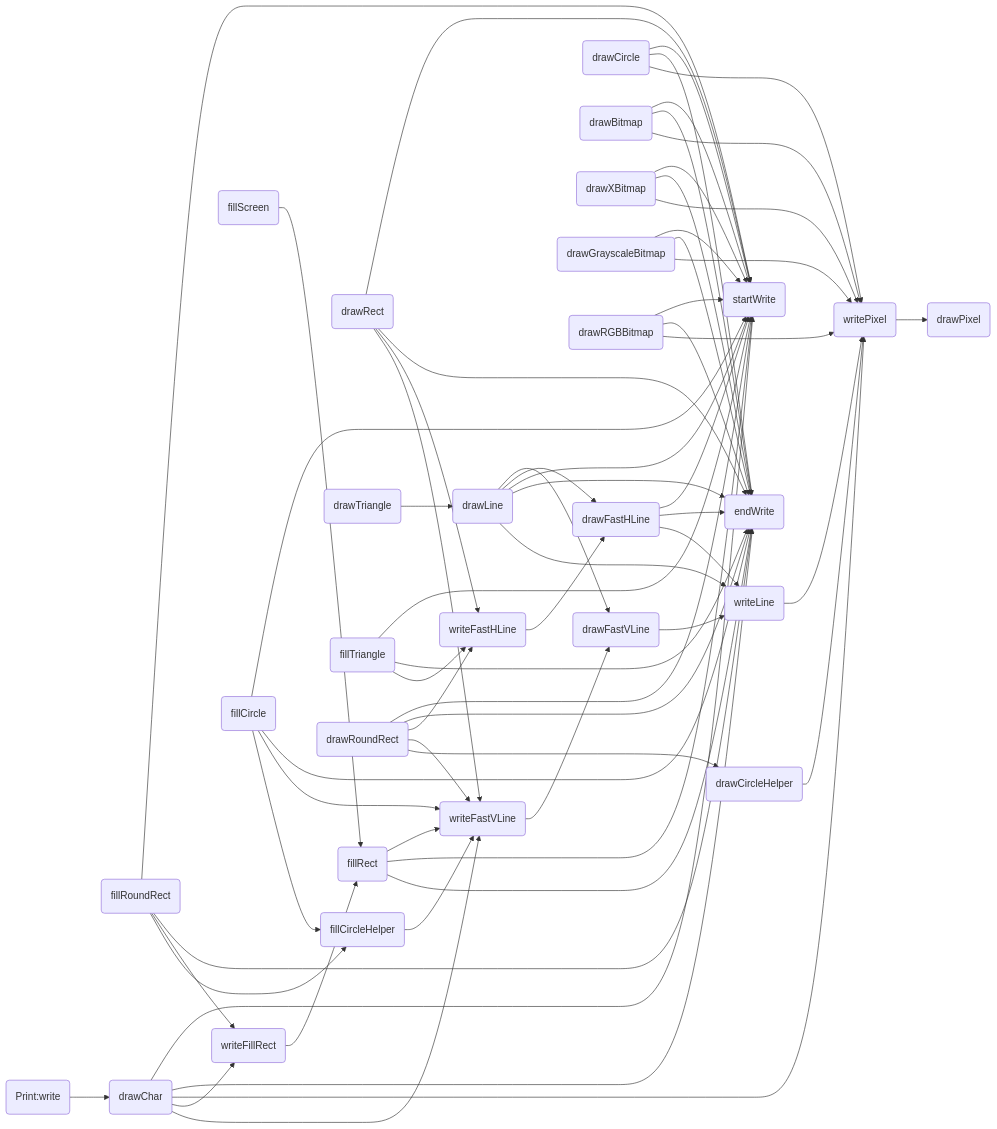
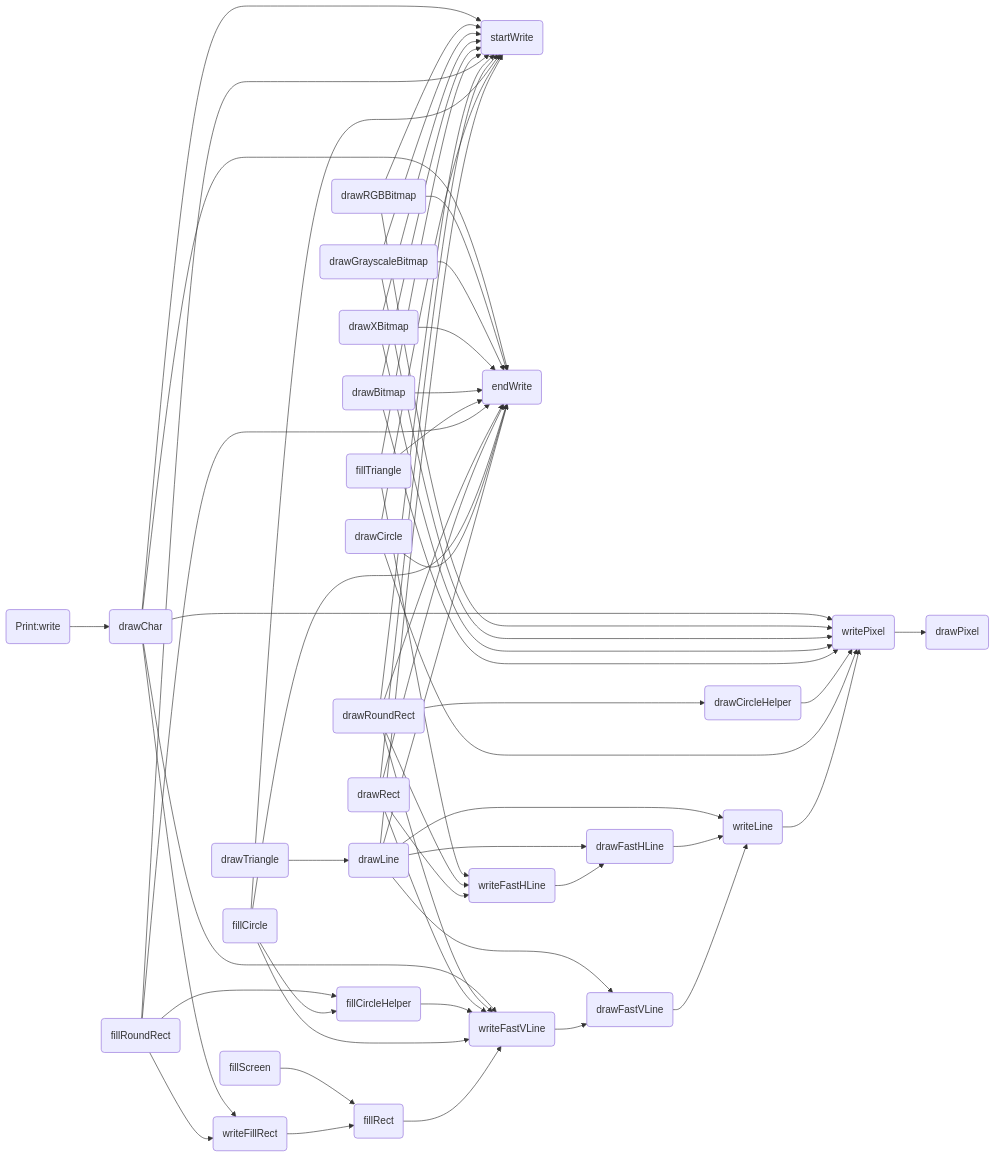
The diagram in all/未命名.md (icodezhanglei/iodraw-files), drawn with Mermaid before and after one commit.

Commit message:
2024-09-13 18:46:15 update

````diff
--- a/all/未命名.md
+++ b/all/未命名.md
@@ -1,61 +1,61 @@
 ```mermaid
 flowchart LR
 
 drawPixel(drawPixel)
 startWrite(startWrite)
 endWrite(endWrite)
 writePixel(writePixel)
 writeFillRect(writeFillRect)
 writeFastVLine(writeFastVLine)
 writeFastHLine(writeFastHLine)
 writeLine(writeLine)
 drawFastVLine(drawFastVLine)
 drawFastHLine(drawFastHLine)
 fillRect(fillRect)
 fillScreen(fillScreen)
 drawLine(drawLine)
 drawRect(drawRect)
 drawCircle(drawCircle)
 drawCircleHelper(drawCircleHelper)
 fillCircle(fillCircle)
 fillCircleHelper(fillCircleHelper)
 drawTriangle(drawTriangle)
 fillTriangle(fillTriangle)
 drawRoundRect(drawRoundRect)
 fillRoundRect(fillRoundRect)
 drawBitmap(drawBitmap)
 drawXBitmap(drawXBitmap)
 drawGrayscaleBitmap(drawGrayscaleBitmap)
 drawRGBBitmap(drawRGBBitmap)
 drawChar(drawChar)
 write(Print:write)
 
 
 writeLine --> writePixel --> drawPixel
 
 writeFastVLine --> drawFastVLine
 drawFastVLine --> writeLine
 
-writeFastHLine --> drawFastHLine --> startWrite & endWrite
+writeFastHLine --> drawFastHLine
 drawFastHLine --> writeLine
 
-writeFillRect --> fillRect --> writeFastVLine & startWrite & endWrite
+writeFillRect --> fillRect --> writeFastVLine
 
 fillScreen --> fillRect
 drawLine --> drawFastVLine & drawFastHLine & startWrite & endWrite & writeLine
 drawCircle --> startWrite & endWrite & writePixel
 drawCircleHelper --> writePixel
 fillCircle --> startWrite & endWrite & writeFastVLine & fillCircleHelper
 fillCircleHelper --> writeFastVLine
 drawRect --> startWrite & endWrite & writeFastHLine & writeFastVLine
 drawRoundRect --> startWrite & endWrite & writeFastHLine & writeFastVLine & drawCircleHelper
 fillRoundRect --> startWrite & endWrite & writeFillRect & fillCircleHelper
 drawTriangle --> drawLine
 fillTriangle --> startWrite & endWrite & writeFastHLine
 drawBitmap --> startWrite & endWrite & writePixel
 drawXBitmap --> startWrite & endWrite & writePixel
 drawGrayscaleBitmap --> startWrite & endWrite & writePixel
 drawRGBBitmap --> startWrite & endWrite & writePixel
 drawChar --> startWrite & endWrite & writePixel & writeFillRect & writeFastVLine
 write --> drawChar
 ```
````
